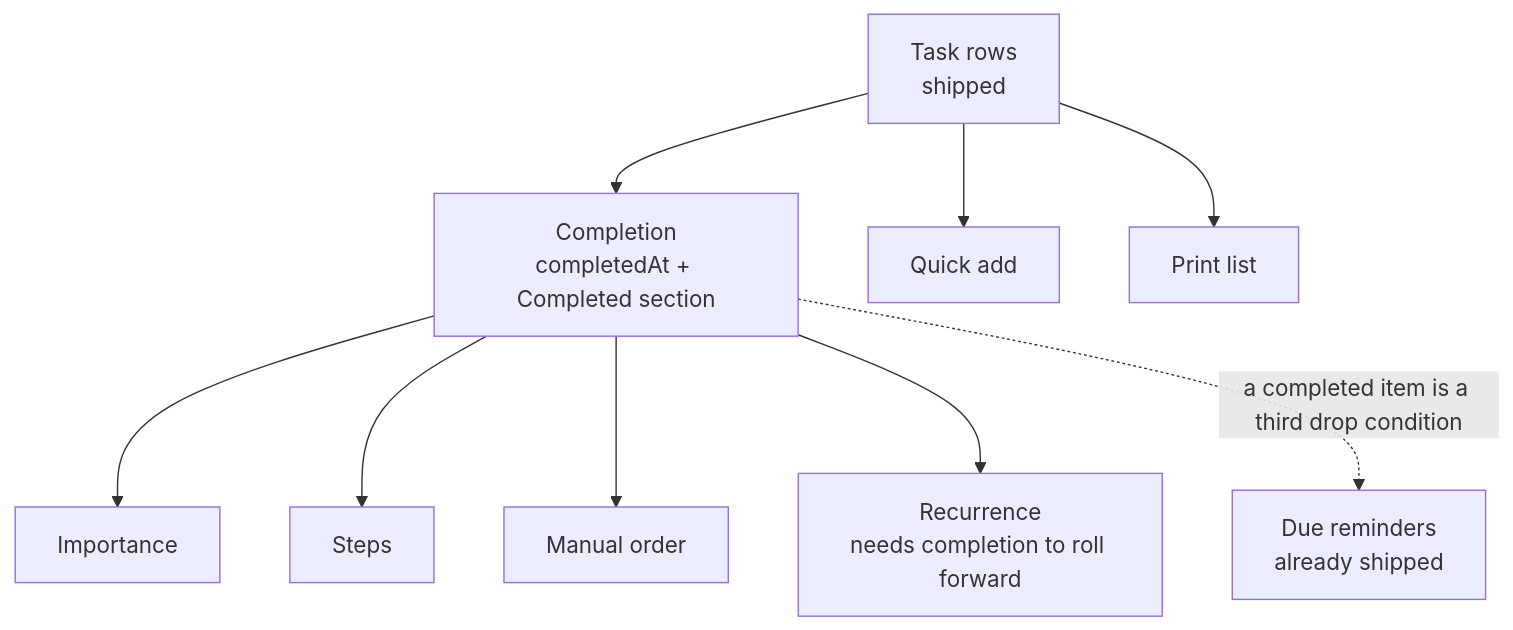
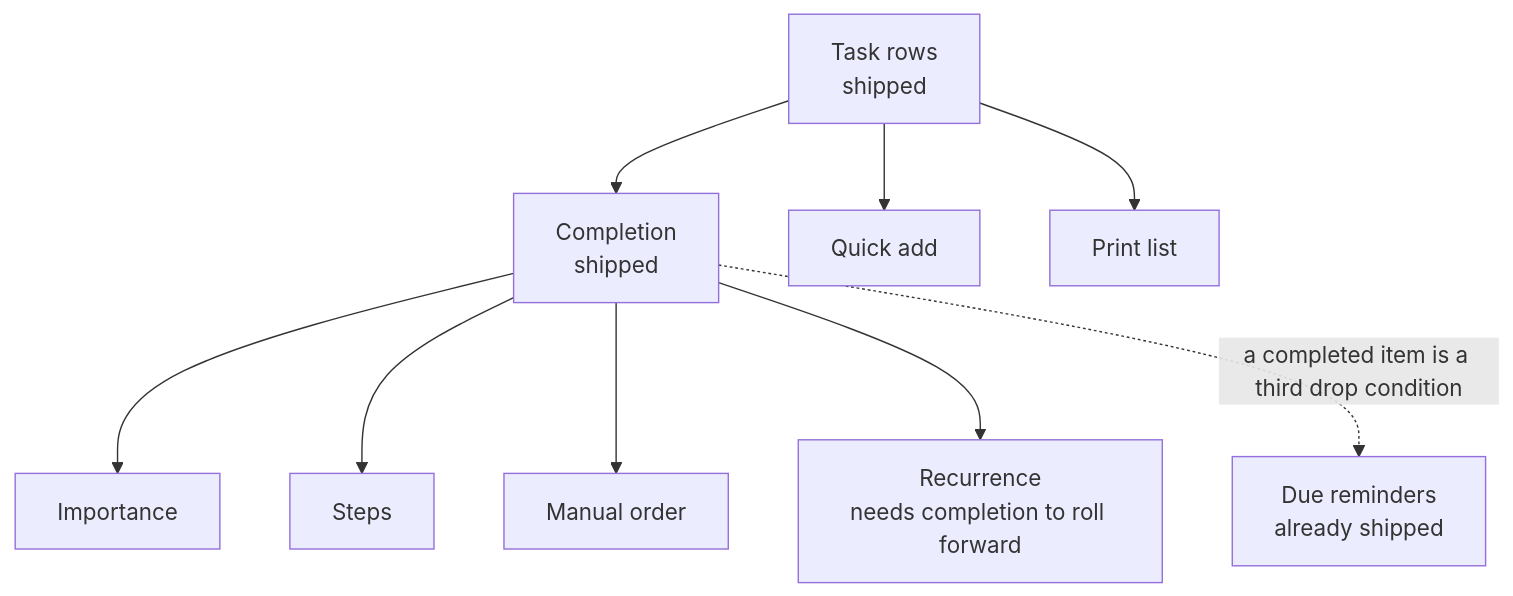
The diagram in apps/web/content/docs/proposals/resource/todo-list/index.md (Esposter/Esposter), drawn with Mermaid before and after one commit. The commit also changed other lines of this file and 40 other files, not shown here.

````diff
--- a/apps/web/content/docs/proposals/resource/todo-list/index.md
+++ b/apps/web/content/docs/proposals/resource/todo-list/index.md
@@ -27,11 +27,11 @@
 ```mermaid
 flowchart TD
-  ROWS[Task rows<br/>shipped] --> DONE[Completion<br/>completedAt + Completed section]
+  ROWS[Task rows<br/>shipped] --> DONE[Completion<br/>shipped]
   ROWS --> ADD[Quick add]
   ROWS --> PRINT[Print list]
   DONE --> STAR[Importance]
   DONE --> STEPS[Steps]
   DONE --> ORDER[Manual order]
   DONE --> REPEAT[Recurrence<br/>needs completion to roll forward]
   DONE -.->|a completed item is a third drop condition| REM[Due reminders<br/>already shipped]
 ```
````
